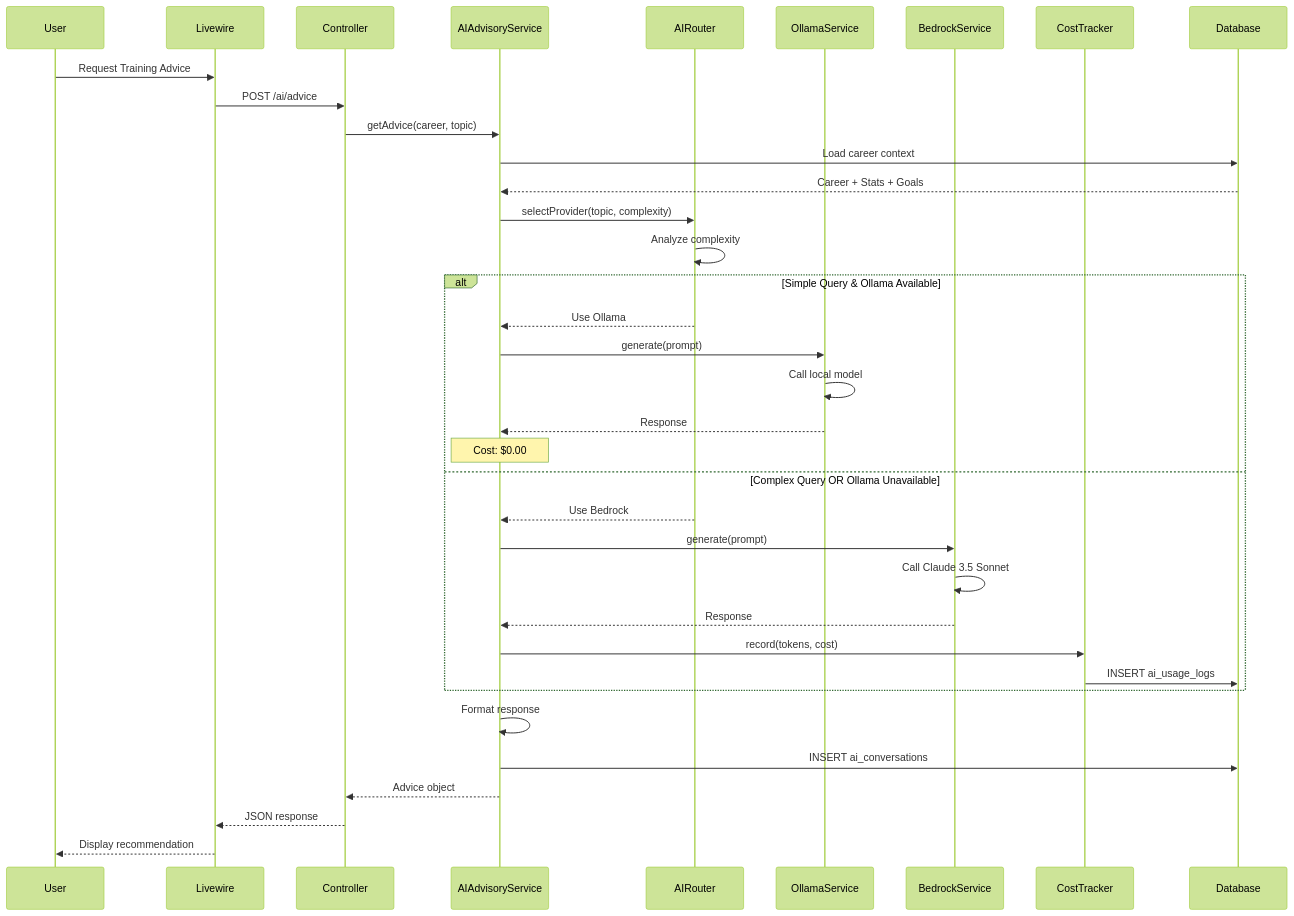
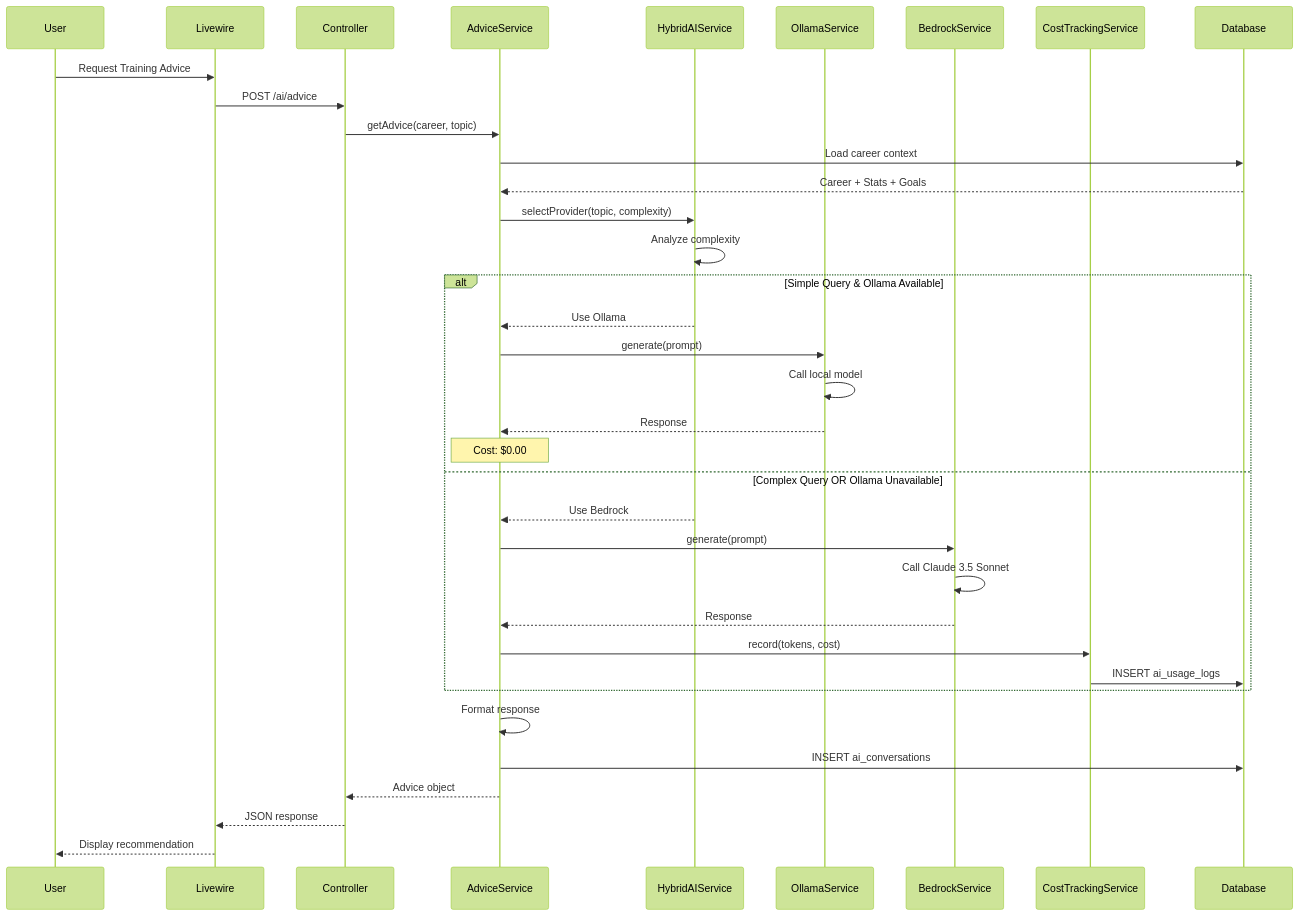
Before and after one commit to exatfrds67/umamusume-career-planner: the ninth of 17 diagrams in docs/01-sequences/000_SEQUENCE_DIAGRAMS_INDEX.md, drawn with Mermaid (forest theme). The commit also changed other lines of this file and 111 other files, not shown here.

````diff
--- a/docs/01-sequences/000_SEQUENCE_DIAGRAMS_INDEX.md
+++ b/docs/01-sequences/000_SEQUENCE_DIAGRAMS_INDEX.md
@@ -479,44 +479,44 @@
 ```mermaid
 sequenceDiagram
     participant User
     participant Livewire
     participant Controller
-    participant AIAdvisoryService
-    participant AIRouter
+    participant AdviceService
+    participant AIRouter as HybridAIService
     participant OllamaService
     participant BedrockService
-    participant CostTracker
+    participant CostTracker as CostTrackingService
     participant Database
 
     User->>Livewire: Request Training Advice
     Livewire->>Controller: POST /ai/advice
-    Controller->>AIAdvisoryService: getAdvice(career, topic)
+    Controller->>AdviceService: getAdvice(career, topic)
     
-    AIAdvisoryService->>Database: Load career context
-    Database-->>AIAdvisoryService: Career + Stats + Goals
+    AdviceService->>Database: Load career context
+    Database-->>AdviceService: Career + Stats + Goals
     
-    AIAdvisoryService->>AIRouter: selectProvider(topic, complexity)
+    AdviceService->>AIRouter: selectProvider(topic, complexity)
     AIRouter->>AIRouter: Analyze complexity
     
     alt Simple Query & Ollama Available
-        AIRouter-->>AIAdvisoryService: Use Ollama
-        AIAdvisoryService->>OllamaService: generate(prompt)
+        AIRouter-->>AdviceService: Use Ollama
+        AdviceService->>OllamaService: generate(prompt)
         OllamaService->>OllamaService: Call local model
-        OllamaService-->>AIAdvisoryService: Response
-        Note over AIAdvisoryService: Cost: $0.00
+        OllamaService-->>AdviceService: Response
+        Note over AdviceService: Cost: $0.00
     else Complex Query OR Ollama Unavailable
-        AIRouter-->>AIAdvisoryService: Use Bedrock
-        AIAdvisoryService->>BedrockService: generate(prompt)
+        AIRouter-->>AdviceService: Use Bedrock
+        AdviceService->>BedrockService: generate(prompt)
         BedrockService->>BedrockService: Call Claude 3.5 Sonnet
-        BedrockService-->>AIAdvisoryService: Response
-        AIAdvisoryService->>CostTracker: record(tokens, cost)
+        BedrockService-->>AdviceService: Response
+        AdviceService->>CostTracker: record(tokens, cost)
         CostTracker->>Database: INSERT ai_usage_logs
     end
     
-    AIAdvisoryService->>AIAdvisoryService: Format response
-    AIAdvisoryService->>Database: INSERT ai_conversations
+    AdviceService->>AdviceService: Format response
+    AdviceService->>Database: INSERT ai_conversations
     
-    AIAdvisoryService-->>Controller: Advice object
+    AdviceService-->>Controller: Advice object
     Controller-->>Livewire: JSON response
     Livewire-->>User: Display recommendation
 ```
````
